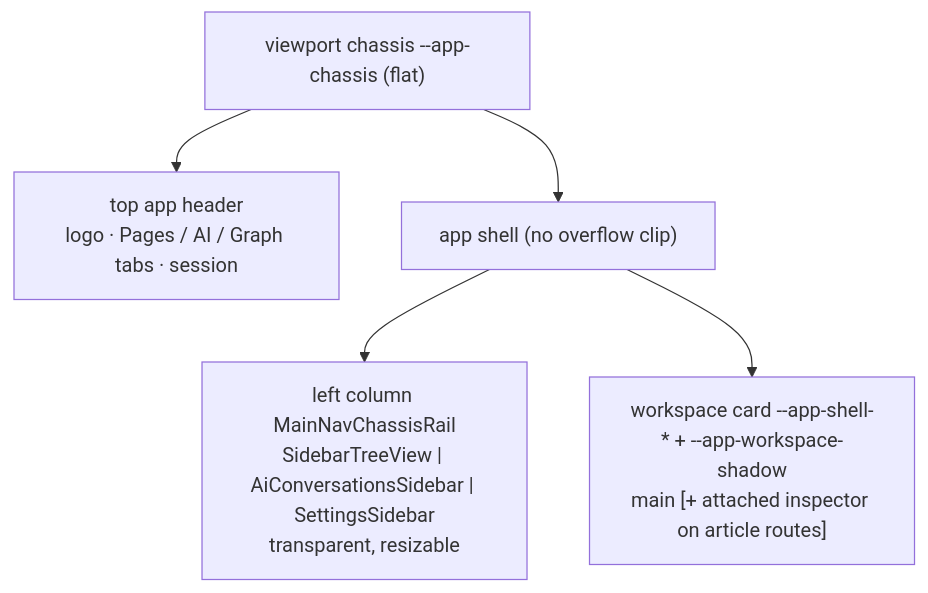
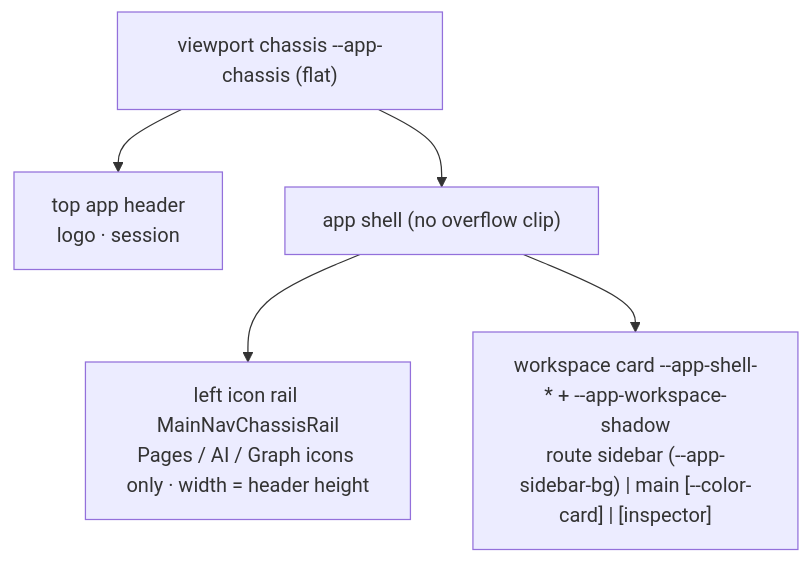
The third of 10 diagrams in docs/architecture/04-frontend-structure.md (Compendiq/compendiq-ce), drawn with Mermaid before and after one commit. The commit also changed other lines of this file and 46 other files, not shown here.

First line of the commit message:
feat(ui): compact left chassis rail, split panel hairlines, and refined dark mode graphite palette (#2065)

````diff
--- a/docs/architecture/04-frontend-structure.md
+++ b/docs/architecture/04-frontend-structure.md
@@ -106,13 +113,13 @@
 ```mermaid
 flowchart TB
     chassis["viewport chassis --app-chassis (flat)"]
-    header["top app header<br/>logo · Pages / AI / Graph tabs · session"]
+    header["top app header<br/>logo · session"]
     shell["app shell (no overflow clip)"]
-    left["left column MainNavChassisRail<br/>SidebarTreeView | AiConversationsSidebar | SettingsSidebar<br/>transparent, resizable"]
-    card["workspace card --app-shell-* + --app-workspace-shadow<br/>main [+ attached inspector on article routes]"]
+    rail["left icon rail MainNavChassisRail<br/>Pages / AI / Graph icons only · width = header height"]
+    card["workspace card --app-shell-* + --app-workspace-shadow<br/>route sidebar (--app-sidebar-bg) | main [--color-card] | [inspector]"]
 
     chassis --> header
     chassis --> shell
-    shell --> left
+    shell --> rail
     shell --> card
 ```
````
